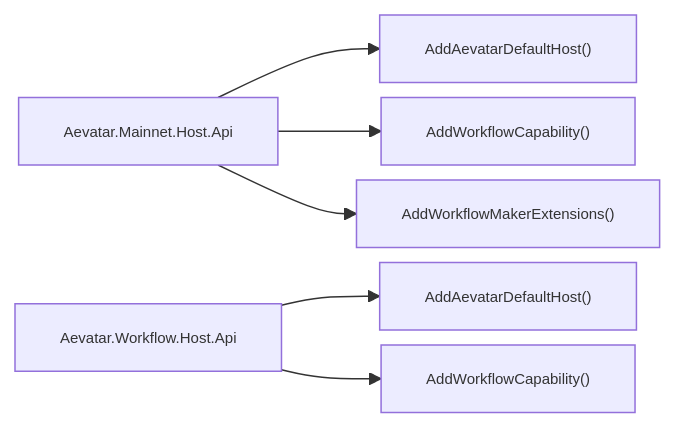
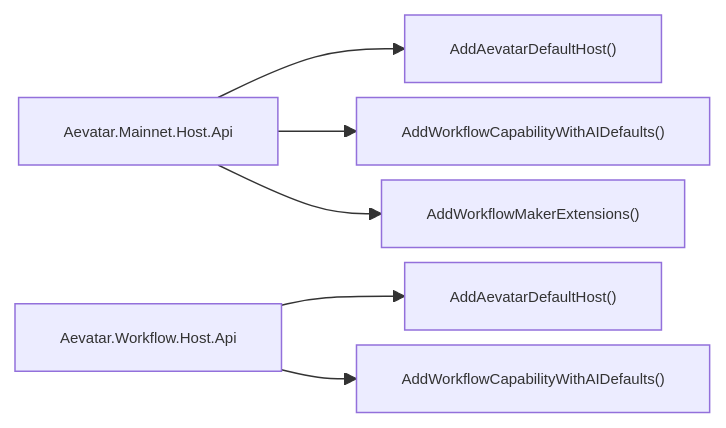
One commit to aevatarAI/aevatar changed the second of 2 diagrams in docs/PROJECT_ARCHITECTURE.md. Above: the diagram before and after it, drawn with Mermaid. The commit also changed other lines of this file and 40 other files, not shown here.

````diff
--- a/docs/PROJECT_ARCHITECTURE.md
+++ b/docs/PROJECT_ARCHITECTURE.md
@@ -27,10 +27,10 @@
 ```mermaid
 %%{init: {"maxTextSize": 100000, "flowchart": {"useMaxWidth": false, "nodeSpacing": 10, "rankSpacing": 50}, "themeVariables": {"fontSize": "10px"}}}%%
 flowchart LR
     MH["Aevatar.Mainnet.Host.Api"] --> H0["AddAevatarDefaultHost()"]
-    MH --> H1["AddWorkflowCapability()"]
+    MH --> H1["AddWorkflowCapabilityWithAIDefaults()"]
     MH --> H2["AddWorkflowMakerExtensions()"]
 
     WH["Aevatar.Workflow.Host.Api"] --> W0["AddAevatarDefaultHost()"]
-    WH --> W1["AddWorkflowCapability()"]
+    WH --> W1["AddWorkflowCapabilityWithAIDefaults()"]
 ```
````
